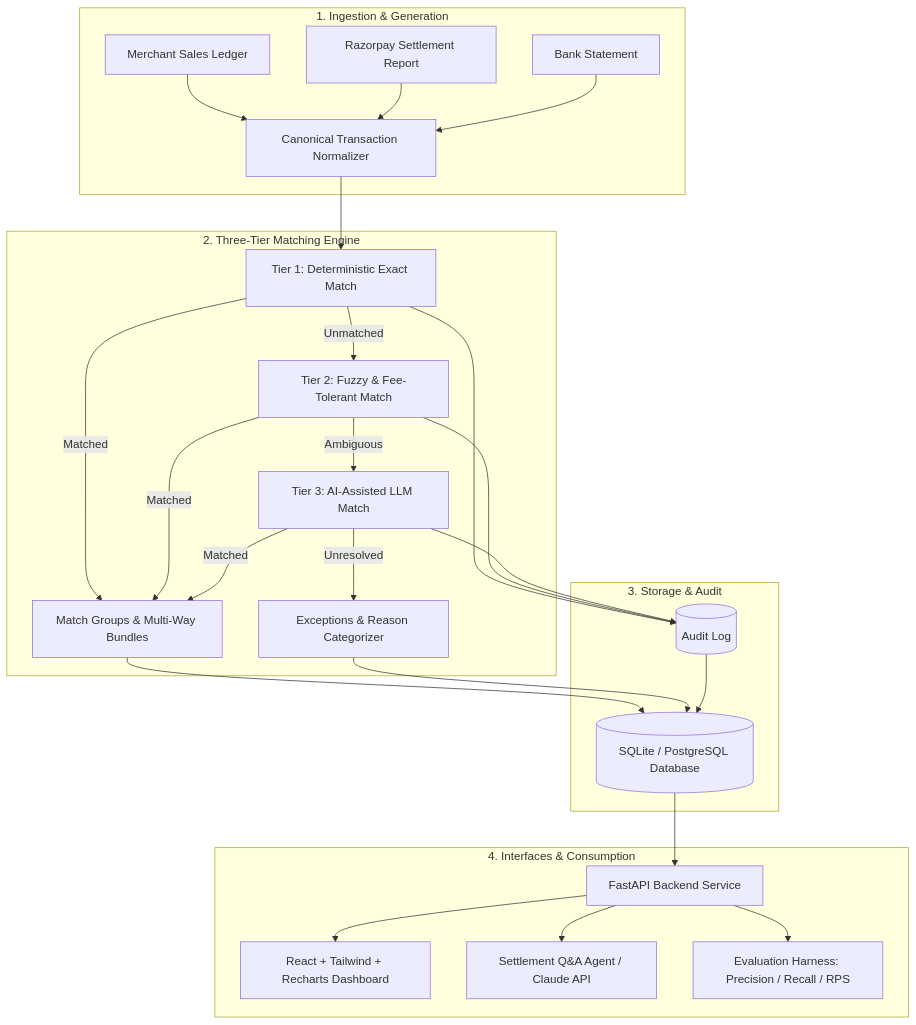
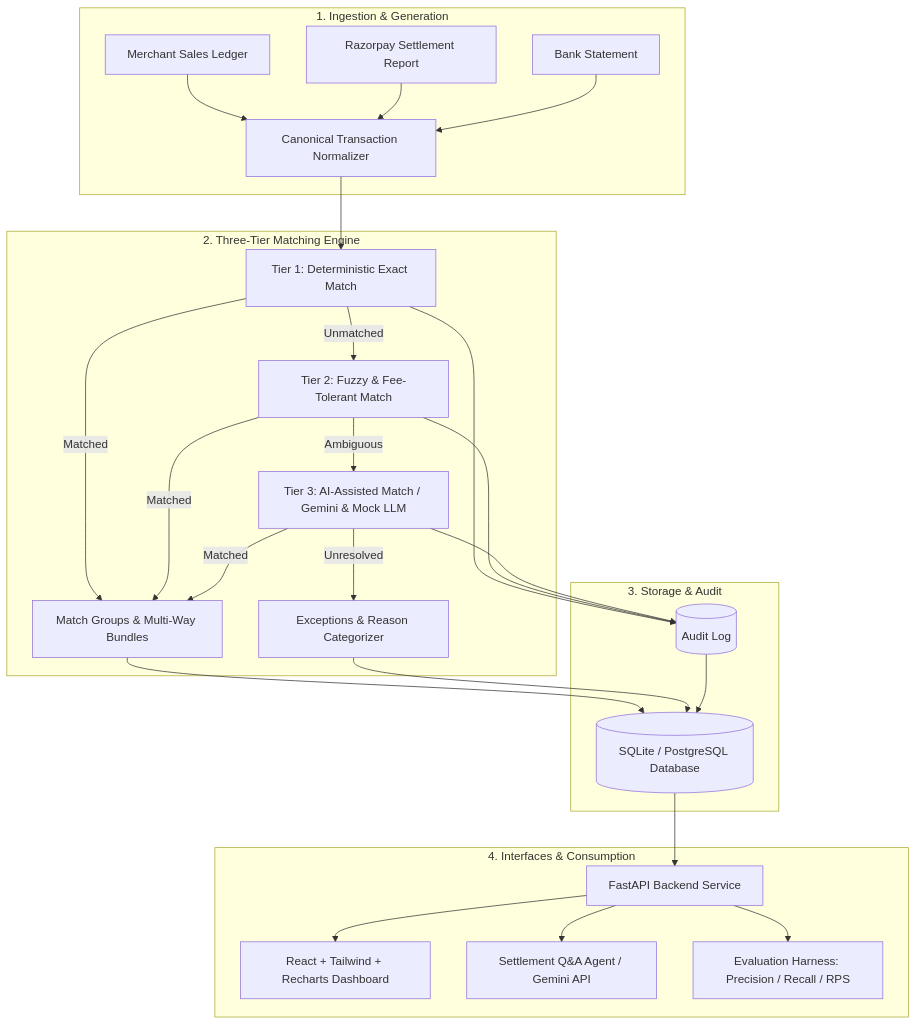
The diagram in README.md (purumishra10/reconnAIssance), drawn with Mermaid before and after one commit. The commit also changed other lines of this file, not shown here.

Commit message:
docs: update README with Gemini LLM, benchmark metrics, and API reference

````diff
--- a/README.md
+++ b/README.md
@@ -43,33 +44,33 @@
 ```mermaid
 flowchart TD
     subgraph DataIngestion["1. Ingestion & Generation"]
         A1[Merchant Sales Ledger] --> N[Canonical Transaction Normalizer]
         A2[Razorpay Settlement Report] --> N
         A3[Bank Statement] --> N
     end
 
     subgraph Pipeline["2. Three-Tier Matching Engine"]
         N --> T1[Tier 1: Deterministic Exact Match]
         T1 -- Unmatched --> T2[Tier 2: Fuzzy & Fee-Tolerant Match]
-        T2 -- Ambiguous --> T3[Tier 3: AI-Assisted LLM Match]
+        T2 -- Ambiguous --> T3[Tier 3: AI-Assisted Match / Gemini & Mock LLM]
         
         T1 -- Matched --> MG[Match Groups & Multi-Way Bundles]
         T2 -- Matched --> MG
         T3 -- Matched --> MG
         T3 -- Unresolved --> EXC[Exceptions & Reason Categorizer]
     end
 
     subgraph StorageAndAudit["3. Storage & Audit"]
         T1 & T2 & T3 --> AL[(Audit Log)]
         MG --> DB[(SQLite / PostgreSQL Database)]
         EXC --> DB
         AL --> DB
     end
 
     subgraph Presentation["4. Interfaces & Consumption"]
         DB --> API[FastAPI Backend Service]
         API --> DASH[React + Tailwind + Recharts Dashboard]
-        API --> QA[Settlement Q&A Agent / Claude API]
+        API --> QA[Settlement Q&A Agent / Gemini API]
         API --> EVAL[Evaluation Harness: Precision / Recall / RPS]
     end
 ```
````
